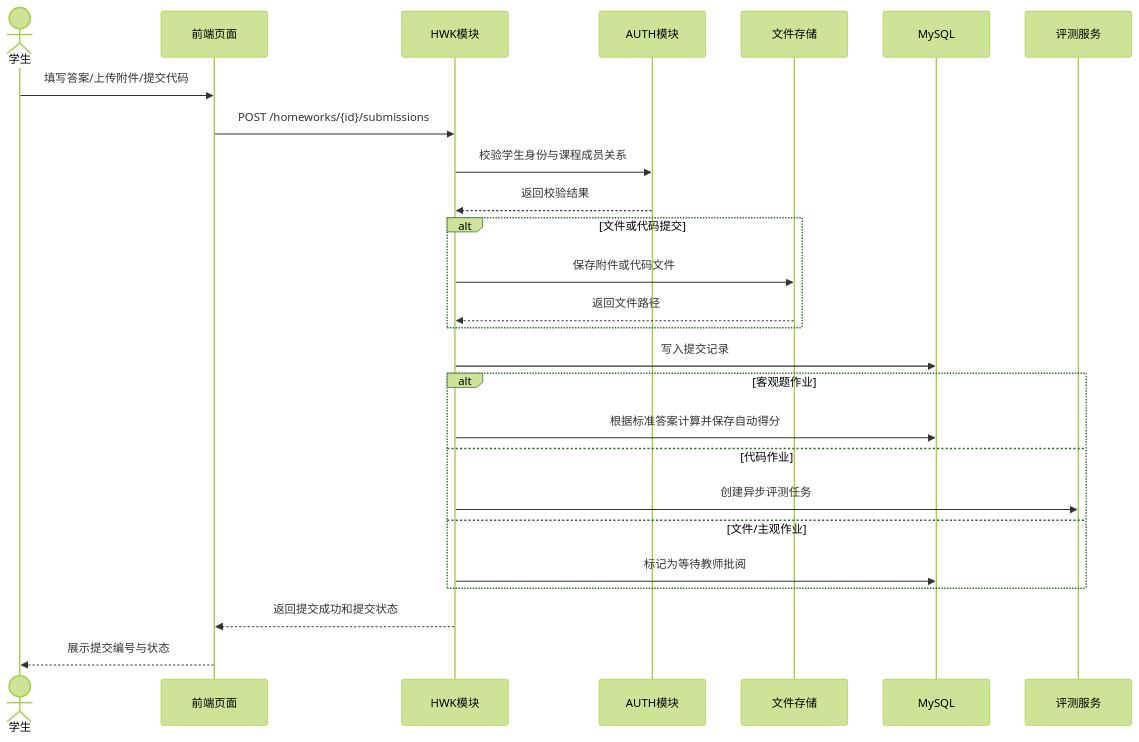
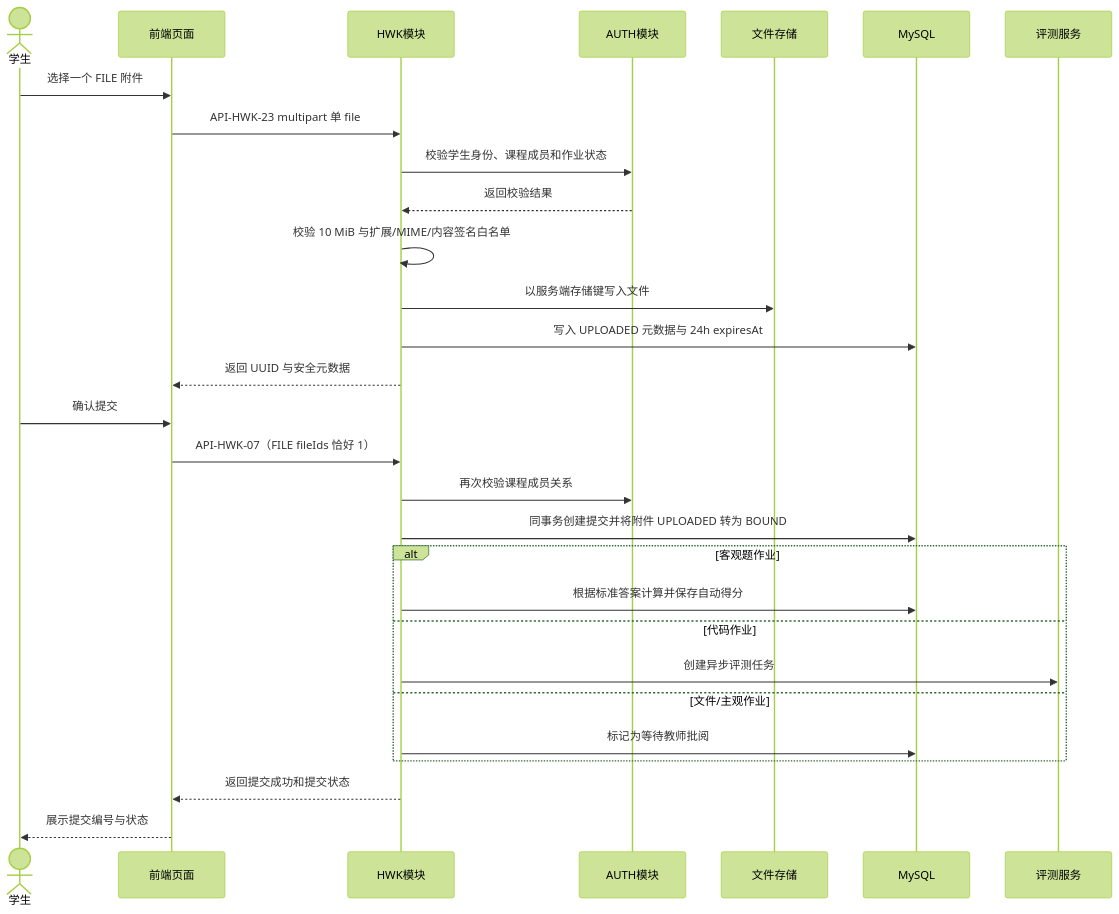
One commit to Cr4zyorange/OnlineJudge changed the fifth of 7 diagrams in docs/过程/概要/作业与自动评测模块概要设计提交稿（hwk）.md. Above: the diagram before and after it, drawn with Mermaid (forest theme). The commit also changed other lines of this file and 13 other files, not shown here.

````diff
--- a/docs/过程/概要/作业与自动评测模块概要设计提交稿（hwk）.md
+++ b/docs/过程/概要/作业与自动评测模块概要设计提交稿（hwk）.md
@@ -594,29 +646,32 @@
 ```mermaid
 sequenceDiagram
     actor Student as 学生
     participant Web as 前端页面
     participant HWK as HWK模块
     participant AUTH as AUTH模块
     participant FS as 文件存储
     participant DB as MySQL
     participant Judge as 评测服务
 
-    Student->>Web: 填写答案/上传附件/提交代码
-    Web->>HWK: POST /homeworks/{id}/submissions
-    HWK->>AUTH: 校验学生身份与课程成员关系
+    Student->>Web: 选择一个 FILE 附件
+    Web->>HWK: API-HWK-23 multipart 单 file
+    HWK->>AUTH: 校验学生身份、课程成员和作业状态
     AUTH-->>HWK: 返回校验结果
-    alt 文件或代码提交
-        HWK->>FS: 保存附件或代码文件
-        FS-->>HWK: 返回文件路径
-    end
-    HWK->>DB: 写入提交记录
+    HWK->>HWK: 校验 10 MiB 与扩展/MIME/内容签名白名单
+    HWK->>FS: 以服务端存储键写入文件
+    HWK->>DB: 写入 UPLOADED 元数据与 24h expiresAt
+    HWK-->>Web: 返回 UUID 与安全元数据
+    Student->>Web: 确认提交
+    Web->>HWK: API-HWK-07（FILE fileIds 恰好 1）
+    HWK->>AUTH: 再次校验课程成员关系
+    HWK->>DB: 同事务创建提交并将附件 UPLOADED 转为 BOUND
     alt 客观题作业
         HWK->>DB: 根据标准答案计算并保存自动得分
     else 代码作业
         HWK->>Judge: 创建异步评测任务
     else 文件/主观作业
         HWK->>DB: 标记为等待教师批阅
     end
     HWK-->>Web: 返回提交成功和提交状态
     Web-->>Student: 展示提交编号与状态
 ```
````
